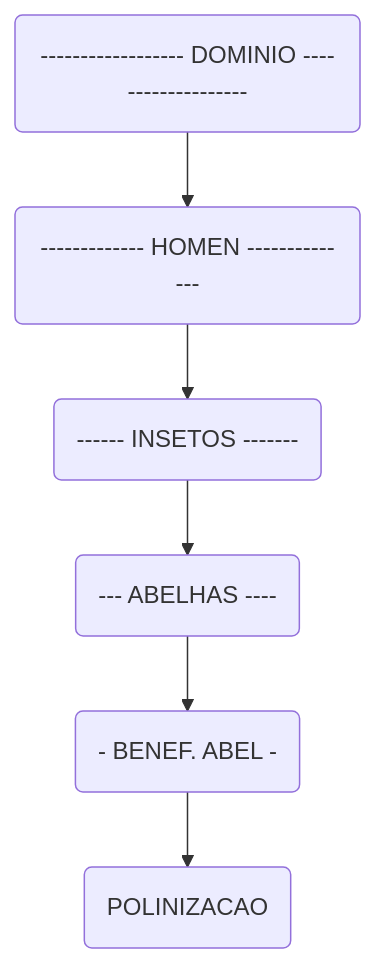
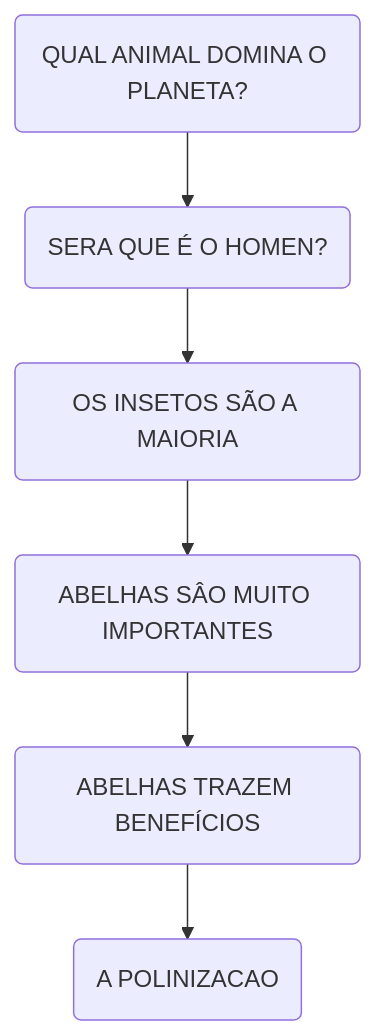
Before and after one commit to f290DSM/f290_dsm_pi6_rubrica_portfolio: the first of 2 diagrams in README.md, drawn with Mermaid. The commit also changed other lines of this file, not shown here.

````diff
--- a/README.md
+++ b/README.md
@@ -105,16 +105,16 @@
 ```mermaid
 graph TB
-a( ------------------ DOMINIO ------------------- )
-b( ------------- HOMEN -------------- )
-c( ------ INSETOS ------- )
-d( --- ABELHAS ---- )
-e( - BENEF. ABEL - )
-f( POLINIZACAO  )
+a(QUAL ANIMAL DOMINA O PLANETA?)
+b(SERA QUE É O HOMEN?)
+c(OS INSETOS SÃO A MAIORIA)
+d(ABELHAS SÂO MUITO IMPORTANTES)
+e(ABELHAS TRAZEM BENEFÍCIOS)
+f(A POLINIZACAO)
 
 a --> b 
 b --> c 
 c --> d 
 d --> e 
 e --> f
 
 ```
````
